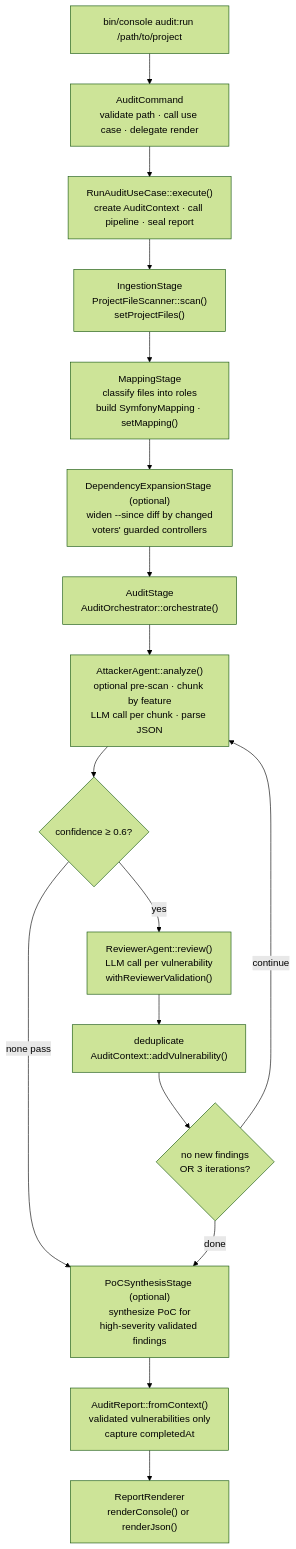
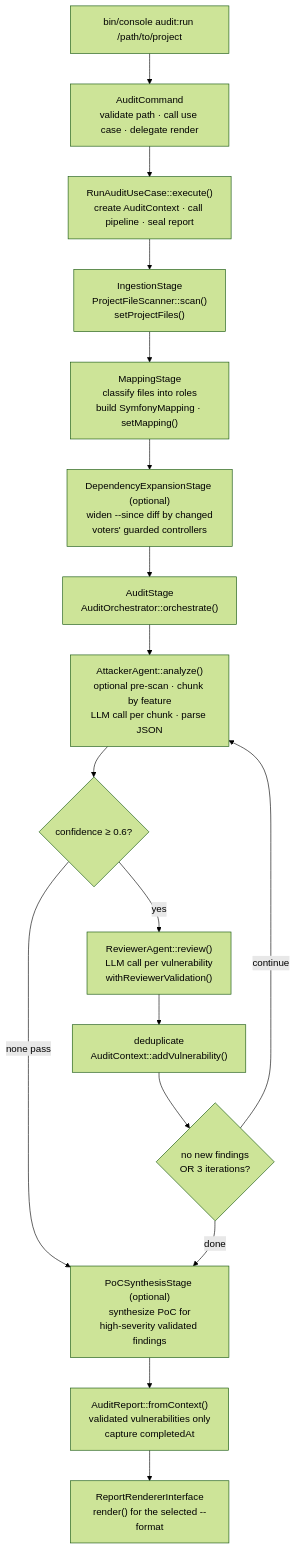
Before and after one commit to vinceAmstoutz/symfony-security-auditor: the second of 3 diagrams in docs/architecture.md, drawn with Mermaid (forest theme). The commit also changed other lines of this file and 11 other files, not shown here.

````diff
--- a/docs/architecture.md
+++ b/docs/architecture.md
@@ -158,28 +158,28 @@
 ```mermaid
 flowchart TD
     CLI["bin/console audit:run /path/to/project"]
     CMD["AuditCommand\nvalidate path · call use case · delegate render"]
     UC["RunAuditUseCase::execute()\ncreate AuditContext · call pipeline · seal report"]
     ING["IngestionStage\nProjectFileScanner::scan()\nsetProjectFiles()"]
     MAP["MappingStage\nclassify files into roles\nbuild SymfonyMapping · setMapping()"]
     DEP["DependencyExpansionStage (optional)\nwiden --since diff by changed\nvoters' guarded controllers"]
     AUD["AuditStage\nAuditOrchestrator::orchestrate()"]
     ATK["AttackerAgent::analyze()\noptional pre-scan · chunk by feature\nLLM call per chunk · parse JSON"]
     CONF{"confidence ≥ 0.6?"}
     REV["ReviewerAgent::review()\nLLM call per vulnerability\nwithReviewerValidation()"]
     DEDUP["deduplicate\nAuditContext::addVulnerability()"]
     LOOP{"no new findings\nOR 3 iterations?"}
     POC["PoCSynthesisStage (optional)\nsynthesize PoC for\nhigh-severity validated findings"]
     RPT["AuditReport::fromContext()\nvalidated vulnerabilities only\ncapture completedAt"]
-    RENDER["ReportRenderer\nrenderConsole() or renderJson()"]
+    RENDER["ReportRendererInterface\nrender() for the selected --format"]
 
     CLI --> CMD --> UC
     UC --> ING --> MAP --> DEP --> AUD --> ATK
     ATK --> CONF
     CONF -- yes --> REV --> DEDUP --> LOOP
     CONF -- none pass --> POC
     LOOP -- continue --> ATK
     LOOP -- done --> POC
     POC --> RPT
     RPT --> RENDER
 ```
````
